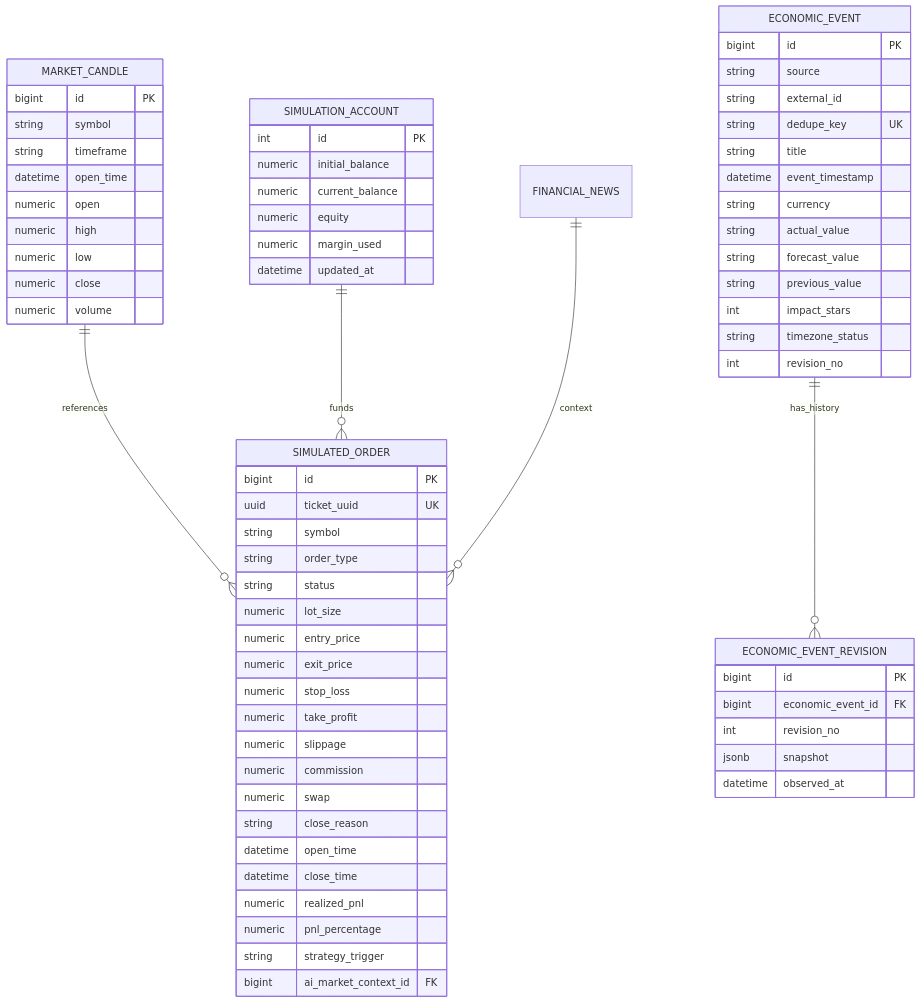
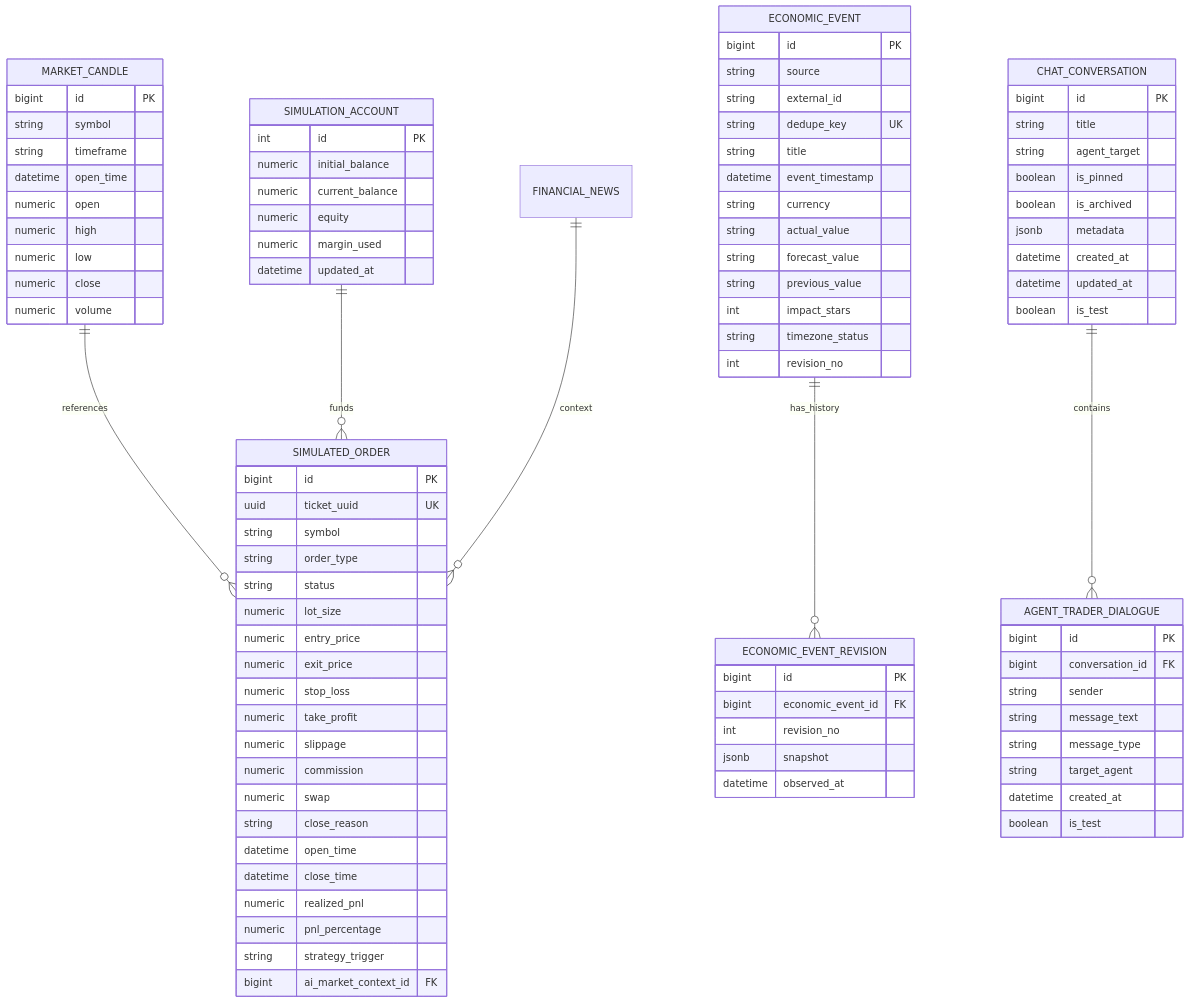
Before and after one commit to Dungnd-0517/trading_system: the second of 2 diagrams in technical_system.md, drawn with Mermaid. The commit also changed other lines of this file and 6 other files, not shown here.

```diff
--- a/technical_system.md
+++ b/technical_system.md
@@ -396,6 +455,7 @@
     SIMULATION_ACCOUNT ||--o{ SIMULATED_ORDER : funds
     FINANCIAL_NEWS ||--o{ SIMULATED_ORDER : context
     ECONOMIC_EVENT ||--o{ ECONOMIC_EVENT_REVISION : has_history
+    CHAT_CONVERSATION ||--o{ AGENT_TRADER_DIALOGUE : contains
 
     MARKET_CANDLE {
         bigint id PK
@@ -441,6 +501,29 @@
         datetime updated_at
     }
 
+    CHAT_CONVERSATION {
+        bigint id PK
+        string title
+        string agent_target
+        boolean is_pinned
+        boolean is_archived
+        jsonb metadata
+        datetime created_at
+        datetime updated_at
+        boolean is_test
+    }
+
+    AGENT_TRADER_DIALOGUE {
+        bigint id PK
+        bigint conversation_id FK
+        string sender
+        string message_text
+        string message_type
+        string target_agent
+        datetime created_at
+        boolean is_test
+    }
+
     ECONOMIC_EVENT {
         bigint id PK
         string source
```
